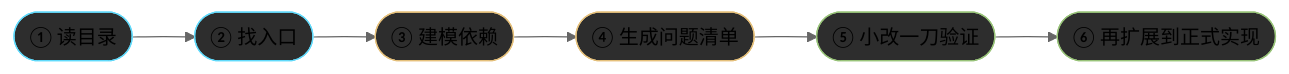
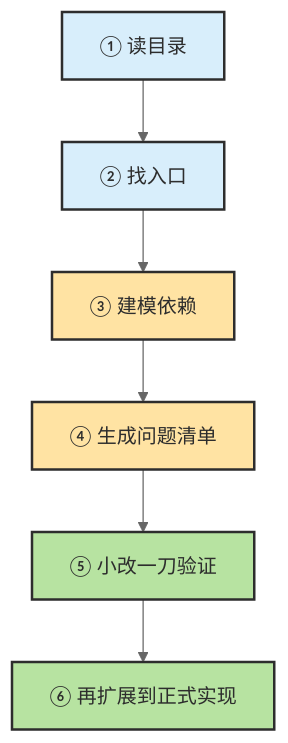
Before and after one commit to zht043/AgenticCodingTutorial: the eighth of 10 diagrams in docs/chapters/ch10-collaboration.md, drawn with Mermaid (neutral theme). The commit also changed other lines of this file and 26 other files, not shown here.

````diff
--- a/docs/chapters/ch10-collaboration.md
+++ b/docs/chapters/ch10-collaboration.md
@@ -521,15 +525,15 @@
 ```mermaid
-flowchart LR
-    A(["① 读目录"]) --> B(["② 找入口"])
-    B --> C(["③ 建模依赖"])
-    C --> D(["④ 生成问题清单"])
-    D --> E(["⑤ 小改一刀验证"])
-    E --> F(["⑥ 再扩展到正式实现"])
+flowchart TD
+    A["① 读目录"] --> B["② 找入口"]
+    B --> C["③ 建模依赖"]
+    C --> D["④ 生成问题清单"]
+    D --> E["⑤ 小改一刀验证"]
+    E --> F["⑥ 再扩展到正式实现"]
 
-    style A fill:#2d2d2d,stroke:#61dafb
-    style B fill:#2d2d2d,stroke:#61dafb
-    style C fill:#2d2d2d,stroke:#e5c07b
-    style D fill:#2d2d2d,stroke:#e5c07b
-    style E fill:#2d2d2d,stroke:#98c379
-    style F fill:#2d2d2d,stroke:#98c379
+    style A fill:#d8eefb,stroke:#2d2d2d,stroke-width:2px,color:#2d2d2d
+    style B fill:#d8eefb,stroke:#2d2d2d,stroke-width:2px,color:#2d2d2d
+    style C fill:#ffe3a3,stroke:#2d2d2d,stroke-width:2px,color:#2d2d2d
+    style D fill:#ffe3a3,stroke:#2d2d2d,stroke-width:2px,color:#2d2d2d
+    style E fill:#b7e3a1,stroke:#2d2d2d,stroke-width:2px,color:#2d2d2d
+    style F fill:#b7e3a1,stroke:#2d2d2d,stroke-width:2px,color:#2d2d2d
 ```
````
